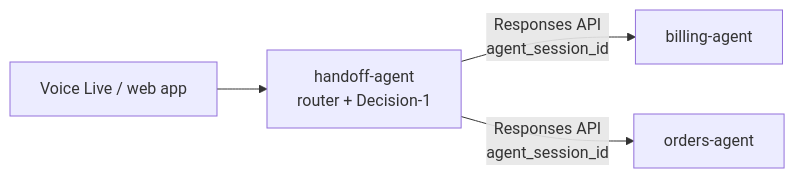
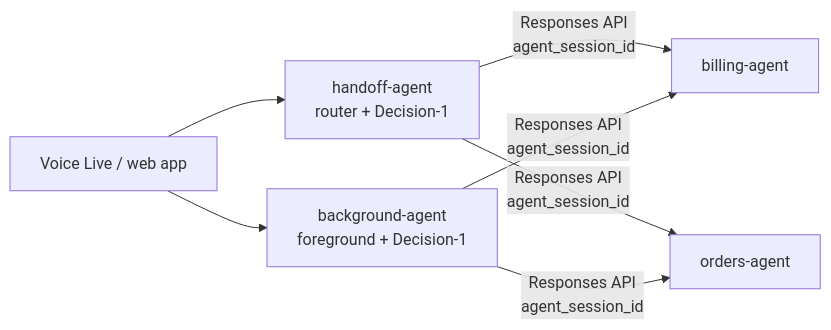
The second of 2 diagrams in README.md (frsl92/hosted-agent-voice-orchestrator), drawn with Mermaid before and after one commit. The commit also changed other lines of this file and 11 other files, not shown here.

First line of the commit message:
Run the background-agent workers on the remote billing and orders hosted agents

````diff
--- a/README.md
+++ b/README.md
@@ -95,6 +95,9 @@
 ```mermaid
 flowchart LR
   VL[Voice Live / web app] --> H[handoff-agent<br/>router + Decision-1]
+  VL --> G[background-agent<br/>foreground + Decision-1]
   H -- Responses API<br/>agent_session_id --> B[billing-agent]
   H -- Responses API<br/>agent_session_id --> O[orders-agent]
+  G -- Responses API<br/>agent_session_id --> B
+  G -- Responses API<br/>agent_session_id --> O
 ```
````
